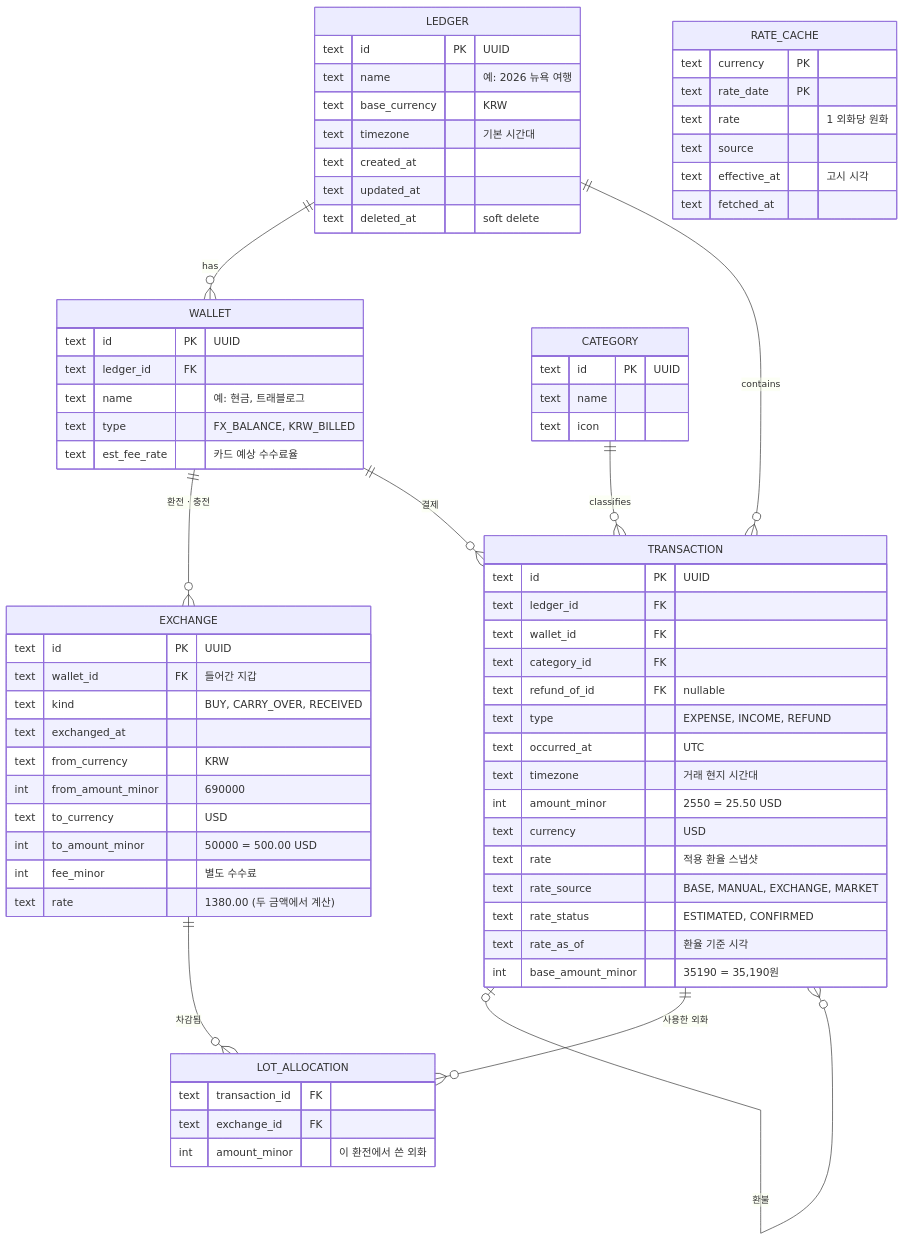
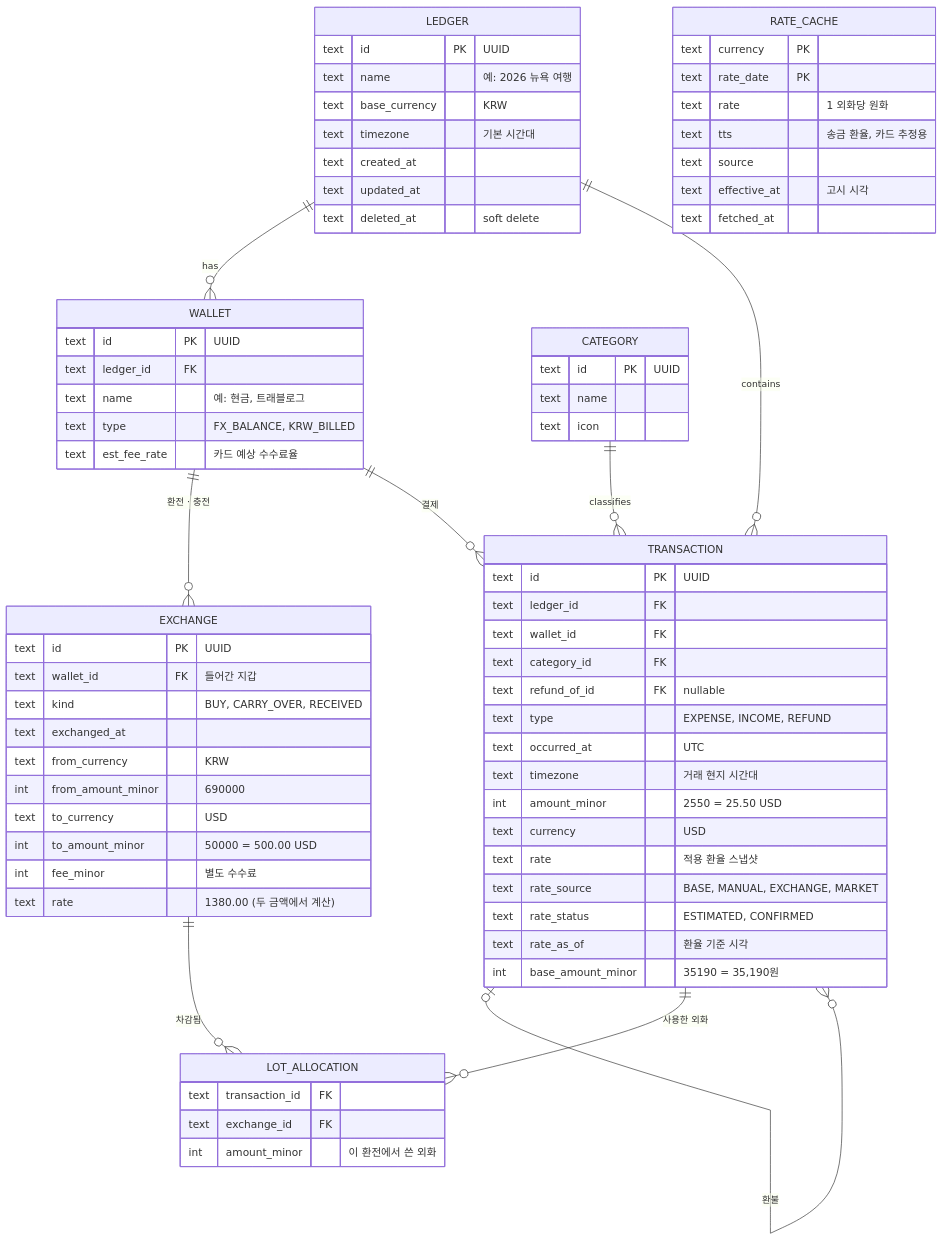
Before and after one commit to Xeoyeon/tradger: the fifth of 5 diagrams in docs/01-architecture.md, drawn with Mermaid. The commit also changed other lines of this file and 43 other files, not shown here.

````diff
--- a/docs/01-architecture.md
+++ b/docs/01-architecture.md
@@ -234,75 +234,76 @@
 ```mermaid
 erDiagram
   LEDGER ||--o{ WALLET : has
   LEDGER ||--o{ TRANSACTION : contains
   WALLET ||--o{ EXCHANGE : "환전 · 충전"
   WALLET ||--o{ TRANSACTION : "결제"
   CATEGORY ||--o{ TRANSACTION : classifies
   TRANSACTION |o--o{ TRANSACTION : "환불"
   TRANSACTION ||--o{ LOT_ALLOCATION : "사용한 외화"
   EXCHANGE ||--o{ LOT_ALLOCATION : "차감됨"
 
   LEDGER {
     text id PK "UUID"
     text name "예: 2026 뉴욕 여행"
     text base_currency "KRW"
     text timezone "기본 시간대"
     text created_at
     text updated_at
     text deleted_at "soft delete"
   }
   WALLET {
     text id PK "UUID"
     text ledger_id FK
     text name "예: 현금, 트래블로그"
     text type "FX_BALANCE, KRW_BILLED"
     text est_fee_rate "카드 예상 수수료율"
   }
   EXCHANGE {
     text id PK "UUID"
     text wallet_id FK "들어간 지갑"
     text kind "BUY, CARRY_OVER, RECEIVED"
     text exchanged_at
     text from_currency "KRW"
     int from_amount_minor "690000"
     text to_currency "USD"
     int to_amount_minor "50000 = 500.00 USD"
     int fee_minor "별도 수수료"
     text rate "1380.00 (두 금액에서 계산)"
   }
   TRANSACTION {
     text id PK "UUID"
     text ledger_id FK
     text wallet_id FK
     text category_id FK
     text refund_of_id FK "nullable"
     text type "EXPENSE, INCOME, REFUND"
     text occurred_at "UTC"
     text timezone "거래 현지 시간대"
     int amount_minor "2550 = 25.50 USD"
     text currency "USD"
     text rate "적용 환율 스냅샷"
     text rate_source "BASE, MANUAL, EXCHANGE, MARKET"
     text rate_status "ESTIMATED, CONFIRMED"
     text rate_as_of "환율 기준 시각"
     int base_amount_minor "35190 = 35,190원"
   }
   CATEGORY {
     text id PK "UUID"
     text name
     text icon
   }
   LOT_ALLOCATION {
     text transaction_id FK
     text exchange_id FK
     int amount_minor "이 환전에서 쓴 외화"
   }
   RATE_CACHE {
     text currency PK
     text rate_date PK
     text rate "1 외화당 원화"
+    text tts "송금 환율, 카드 추정용"
     text source
     text effective_at "고시 시각"
     text fetched_at
   }
 ```
````
